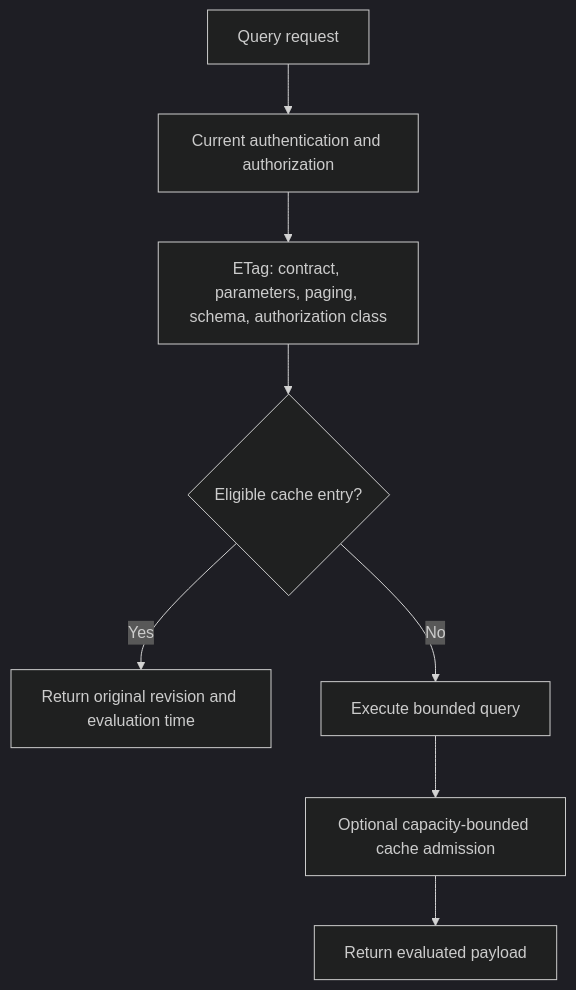
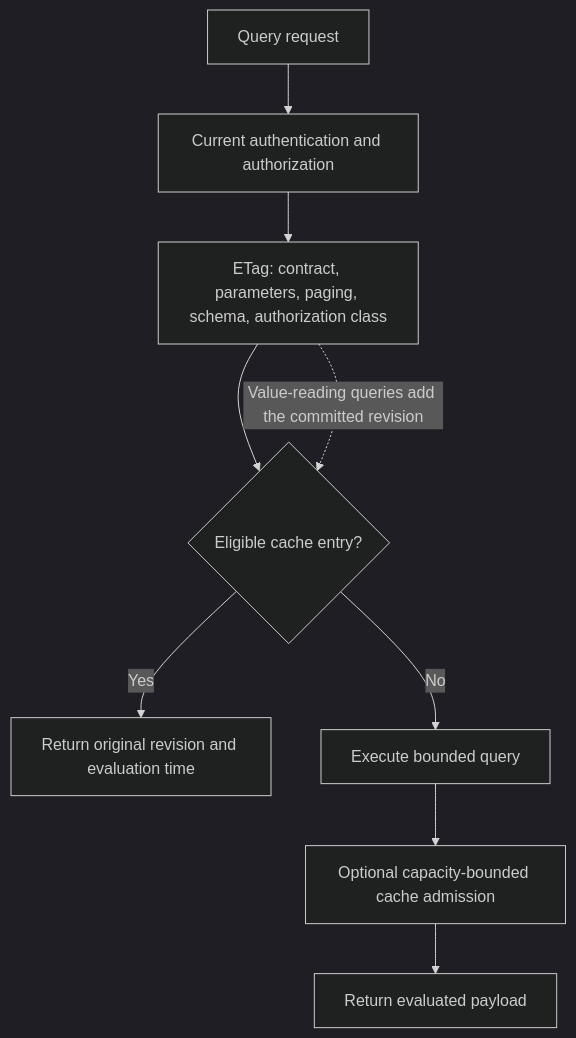
One commit to githubnext/gh-cao changed diagram 11 of 15 in docs/dashboard-data-architecture.md. Above: the diagram before and after it, drawn with Mermaid (dark theme). The commit also changed other lines of this file, not shown here.

Commit message:
[self-care:database-architecture] Qualify query-cache revision keying for Value-backed queries (#20834)

````diff
--- a/docs/dashboard-data-architecture.md
+++ b/docs/dashboard-data-architecture.md
@@ -441,12 +441,13 @@
 ```mermaid
 flowchart TB
   accTitle: Authorized cache-aside query results
   accDescr: Current authorization precedes cache lookup. Eligible cached results retain original evidence metadata and expire five minutes after admission. Misses execute a bounded query; canonical readiness does not use this cache.
   Request["Query request"] --> Auth["Current authentication and authorization"]
   Auth --> Key["ETag: contract, parameters, paging, schema, authorization class"]
   Key --> Hit{"Eligible cache entry?"}
+  Key -.->|"Value-reading queries add the committed revision"| Hit
   Hit -->|Yes| Old["Return original revision and evaluation time"]
   Hit -->|No| Execute["Execute bounded query"]
   Execute --> Admit["Optional capacity-bounded cache admission"]
   Admit --> Fresh["Return evaluated payload"]
 ```
````
